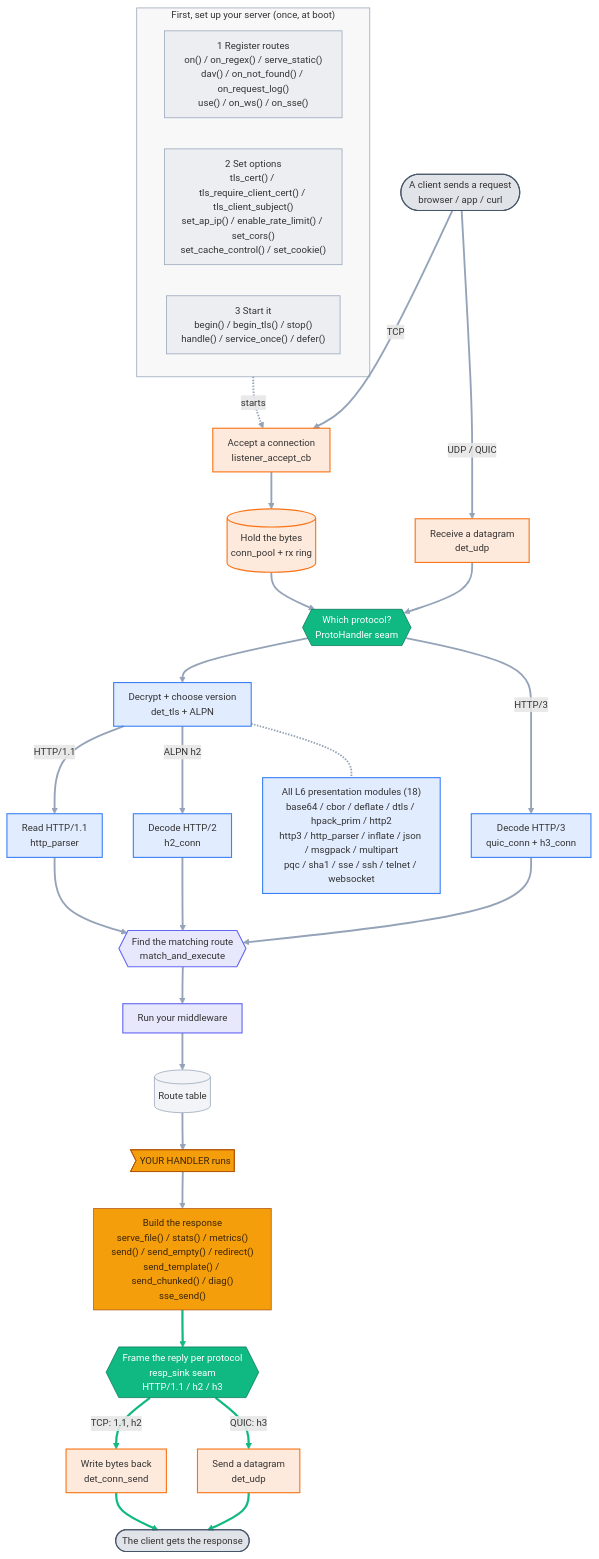
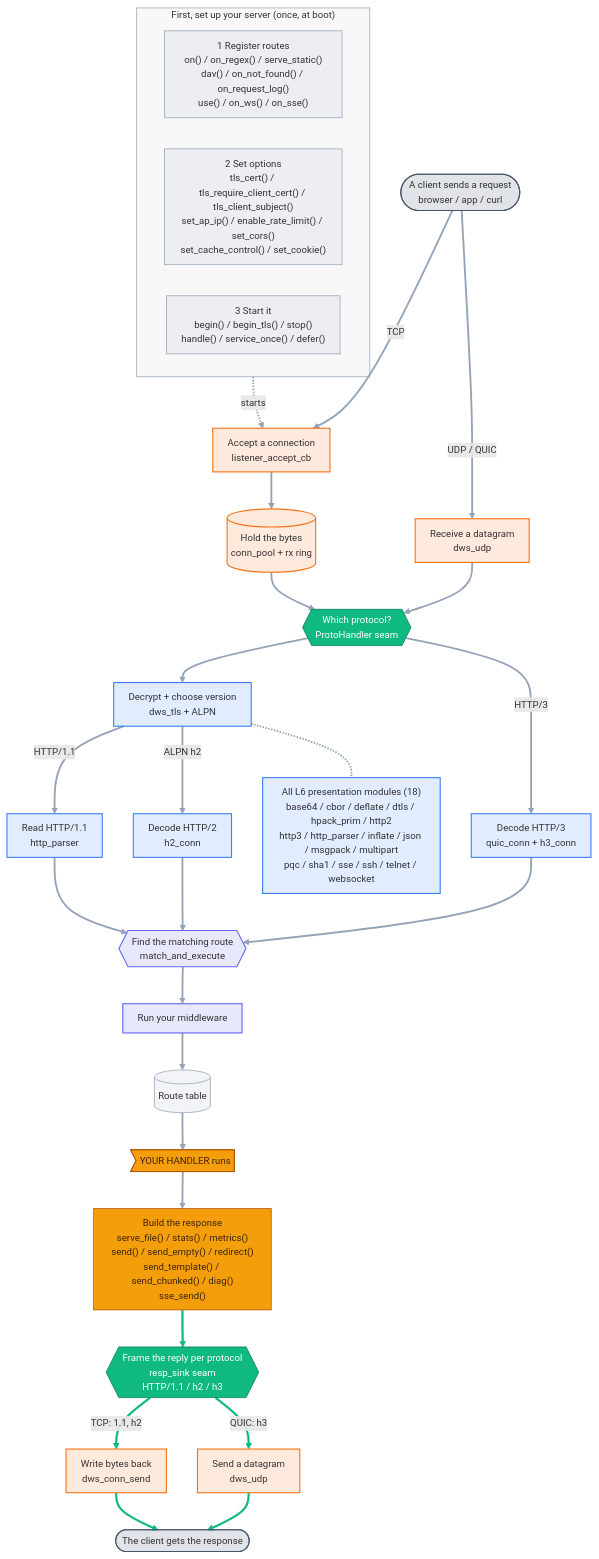
The diagram in docs/diagrams/api_flow_detail.mmd (dstroy0/DeterministicESPAsyncWebServer), drawn with Mermaid before and after one commit. The commit also changed 8 other files, not shown here.

```diff
--- a/docs/diagrams/api_flow_detail.mmd
+++ b/docs/diagrams/api_flow_detail.mmd
@@ -1,71 +1,71 @@
 %%{init: {'themeVariables':{'fontFamily':'ui-sans-serif,system-ui,Segoe UI,Roboto,sans-serif','fontSize':'13px','lineColor':'#94a3b8'},'flowchart':{'curve':'basis','nodeSpacing':42,'rankSpacing':50,'padding':10,'useMaxWidth':true}}}%%
 flowchart TB
   %% Auto-generated from the public API, proto_builtins.cpp, and presentation/ on disk.
   subgraph SETUP["First, set up your server (once, at boot)"]
     direction LR
     reg["1 Register routes<br/>on() / on_regex() / serve_static()<br/>dav() / on_not_found() / on_request_log()<br/>use() / on_ws() / on_sse()"]
     cfg["2 Set options<br/>tls_cert() / tls_require_client_cert() / tls_client_subject()<br/>set_ap_ip() / enable_rate_limit() / set_cors()<br/>set_cache_control() / set_cookie()"]
     run["3 Start it<br/>begin() / begin_tls() / stop()<br/>handle() / service_once() / defer()"]
   end
 
   cin(["A client sends a request<br/>browser / app / curl"])
   listen["Accept a connection<br/>listener_accept_cb"]
   ring[("Hold the bytes<br/>conn_pool + rx ring")]
-  udprx["Receive a datagram<br/>det_udp"]
+  udprx["Receive a datagram<br/>dws_udp"]
   seam{{"Which protocol?<br/>ProtoHandler seam<br/>"}}
-  tls["Decrypt + choose version<br/>det_tls + ALPN"]
+  tls["Decrypt + choose version<br/>dws_tls + ALPN"]
   parser["Read HTTP/1.1<br/>http_parser"]
   h2["Decode HTTP/2<br/>h2_conn"]
   h3["Decode HTTP/3<br/>quic_conn + h3_conn"]
   mae{{"Find the matching route<br/>match_and_execute"}}
   mw["Run your middleware"]
   routes[("Route table")]
   handler>"YOUR HANDLER runs"]
   resp["Build the response<br/>serve_file() / stats() / metrics()<br/>send() / send_empty() / redirect()<br/>send_template() / send_chunked() / diag()<br/>sse_send()"]
   sink{{"Frame the reply per protocol<br/>resp_sink seam<br/>HTTP/1.1 / h2 / h3"}}
-  consend["Write bytes back<br/>det_conn_send"]
-  udptx["Send a datagram<br/>det_udp"]
+  consend["Write bytes back<br/>dws_conn_send"]
+  udptx["Send a datagram<br/>dws_udp"]
   cout(["The client gets the response"])
   mods["All L6 presentation modules (18)<br/>base64 / cbor / deflate / dtls / hpack_prim / http2<br/>http3 / http_parser / inflate / json / msgpack / multipart<br/>pqc / sha1 / sse / ssh / telnet / websocket"]
 
   run -.->|starts| listen
   cin ==>|TCP| listen
   listen --> ring
   ring --> seam
   cin ==>|UDP / QUIC| udprx
   udprx --> seam
   seam --> tls
   tls -->|HTTP/1.1| parser
   tls -->|ALPN h2| h2
   seam -->|HTTP/3| h3
   parser --> mae
   h2 --> mae
   h3 --> mae
   mae --> mw
   mw --> routes
   routes --> handler
   handler --> resp
   resp --> sink
   sink -->|TCP: 1.1, h2| consend
   sink -->|QUIC: h3| udptx
   consend ==> cout
   udptx ==> cout
   tls -.- mods
 
   class cin,cout ext;
   class reg,cfg,run,routes setup;
   class listen,ring,udprx,udptx,consend l4;
   class seam,sink seam;
   class tls,parser,h2,h3,mods l6;
   class mae,mw l7;
   class handler,resp you;
   classDef ext fill:#64748b33,stroke:#475569,stroke-width:1.5px;
   classDef setup fill:#94a3b81f,stroke:#94a3b8;
   classDef l4 fill:#f9731626,stroke:#f97316,stroke-width:1.5px;
   classDef seam fill:#10b981,stroke:#047857,color:#ffffff;
   classDef l6 fill:#3b82f626,stroke:#3b82f6,stroke-width:1.5px;
   classDef l7 fill:#6366f126,stroke:#6366f1,stroke-width:1.5px;
   classDef you fill:#f59e0b,stroke:#b45309,color:#3b2508;
   style SETUP fill:#8888880f,stroke:#94a3b8,stroke-width:1px;
   linkStyle default stroke-width:2.5px;
   linkStyle 17,18,19,20,21 stroke:#10b981,stroke-width:3px;
```
